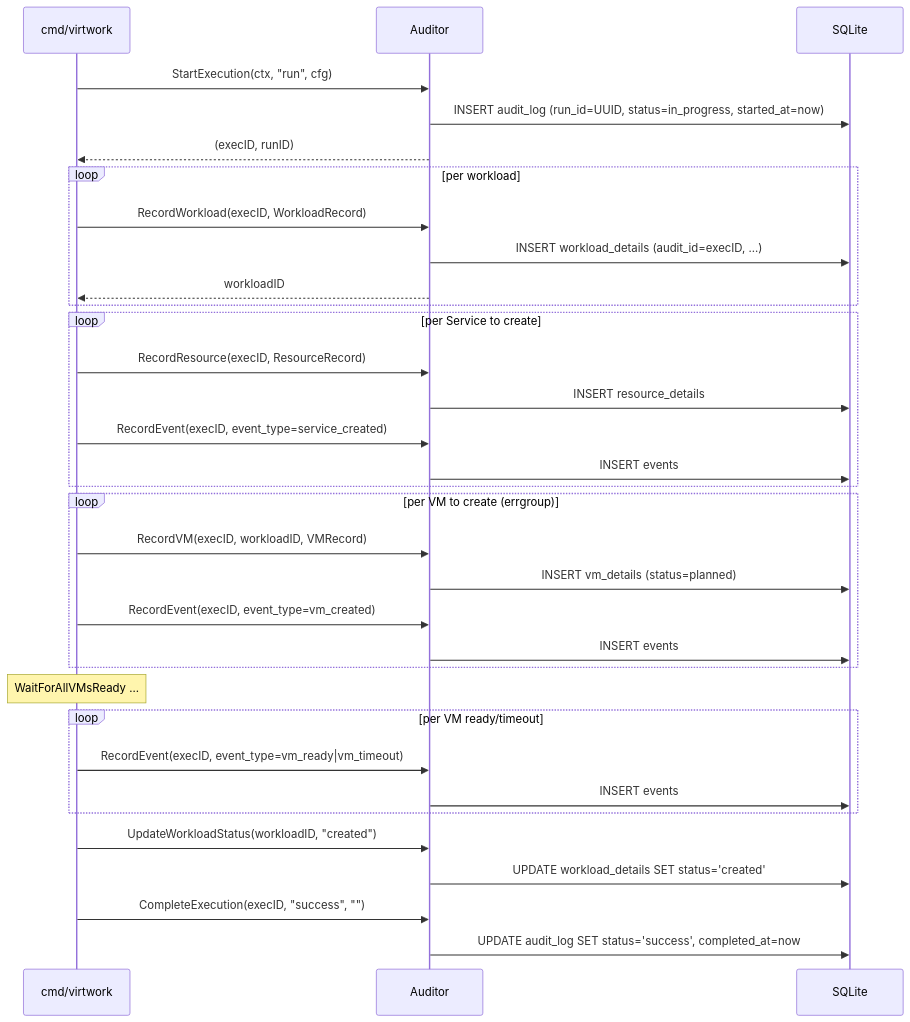
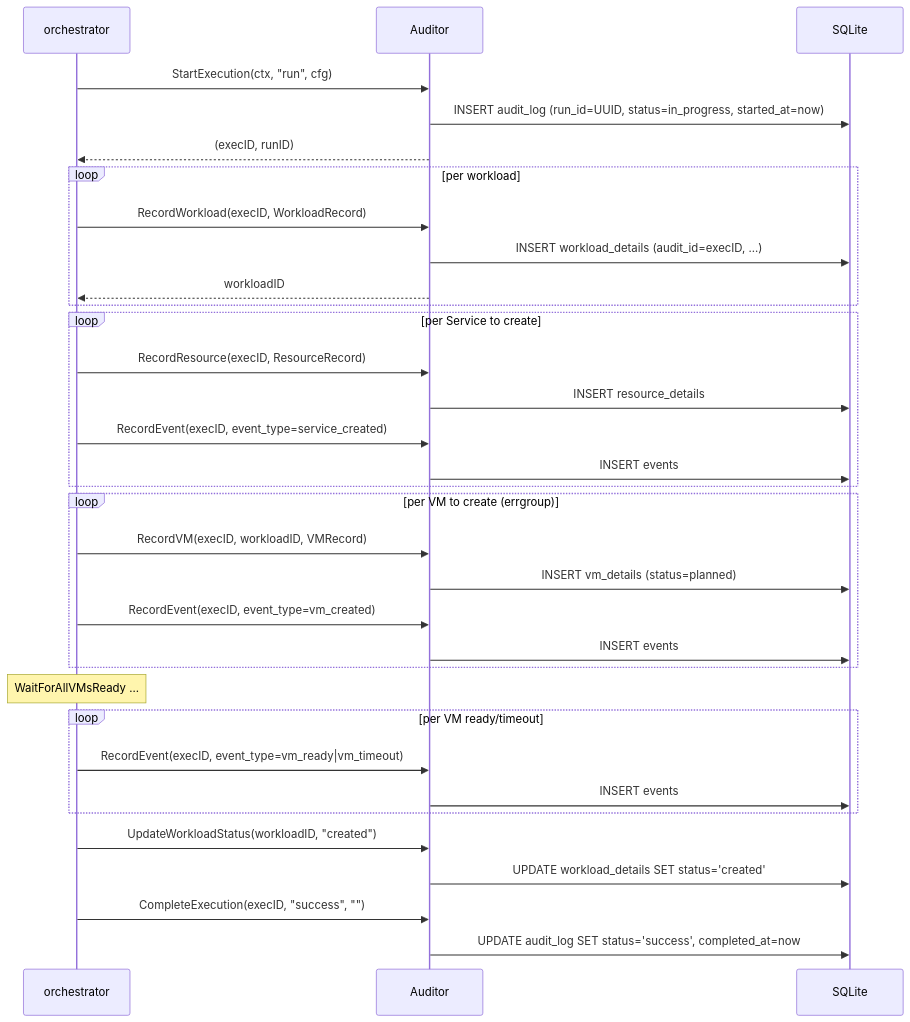
One commit to opdev/virtwork changed the second of 2 diagrams in docs/audit-schema.md. Above: the diagram before and after it, drawn with Mermaid. The commit also changed other lines of this file, not shown here.

Commit message:
docs: fix stale Roles() reference and sequence diagram caller in audit-schema.md
Replace len(Roles()) with RoleDistribution() in vm_count column note.
Update sequence diagram participant from cmd/virtwork to orchestrator
since audit methods are called from RunOrchestrator.Run().

````diff
--- a/docs/audit-schema.md
+++ b/docs/audit-schema.md
@@ -215,43 +215,43 @@
 ```mermaid
 sequenceDiagram
-    participant CLI as cmd/virtwork
+    participant CLI as orchestrator
     participant A as Auditor
     participant DB as SQLite
 
     CLI->>A: StartExecution(ctx, "run", cfg)
     A->>DB: INSERT audit_log (run_id=UUID, status=in_progress, started_at=now)
     A-->>CLI: (execID, runID)
 
     loop per workload
         CLI->>A: RecordWorkload(execID, WorkloadRecord)
         A->>DB: INSERT workload_details (audit_id=execID, ...)
         A-->>CLI: workloadID
     end
 
     loop per Service to create
         CLI->>A: RecordResource(execID, ResourceRecord)
         A->>DB: INSERT resource_details
         CLI->>A: RecordEvent(execID, event_type=service_created)
         A->>DB: INSERT events
     end
 
     loop per VM to create (errgroup)
         CLI->>A: RecordVM(execID, workloadID, VMRecord)
         A->>DB: INSERT vm_details (status=planned)
         CLI->>A: RecordEvent(execID, event_type=vm_created)
         A->>DB: INSERT events
     end
 
     Note over CLI: WaitForAllVMsReady ...
 
     loop per VM ready/timeout
         CLI->>A: RecordEvent(execID, event_type=vm_ready|vm_timeout)
         A->>DB: INSERT events
     end
 
     CLI->>A: UpdateWorkloadStatus(workloadID, "created")
     A->>DB: UPDATE workload_details SET status='created'
 
     CLI->>A: CompleteExecution(execID, "success", "")
     A->>DB: UPDATE audit_log SET status='success', completed_at=now
 ```
````
